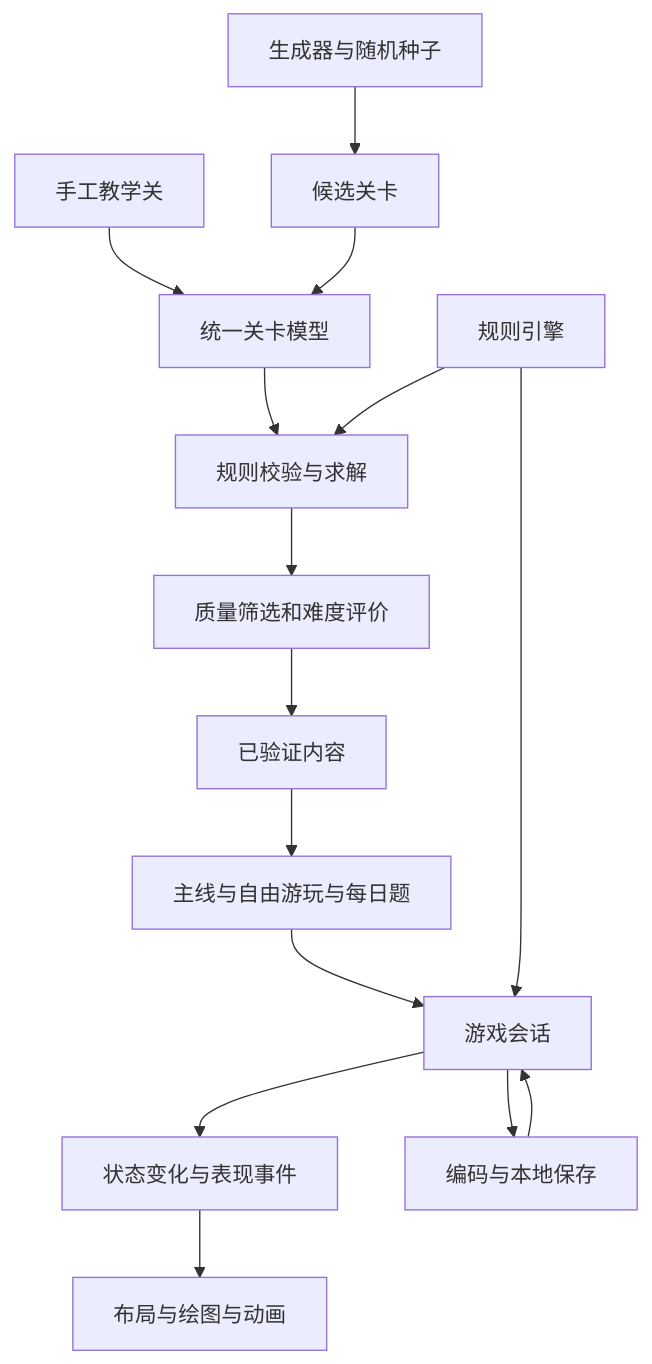
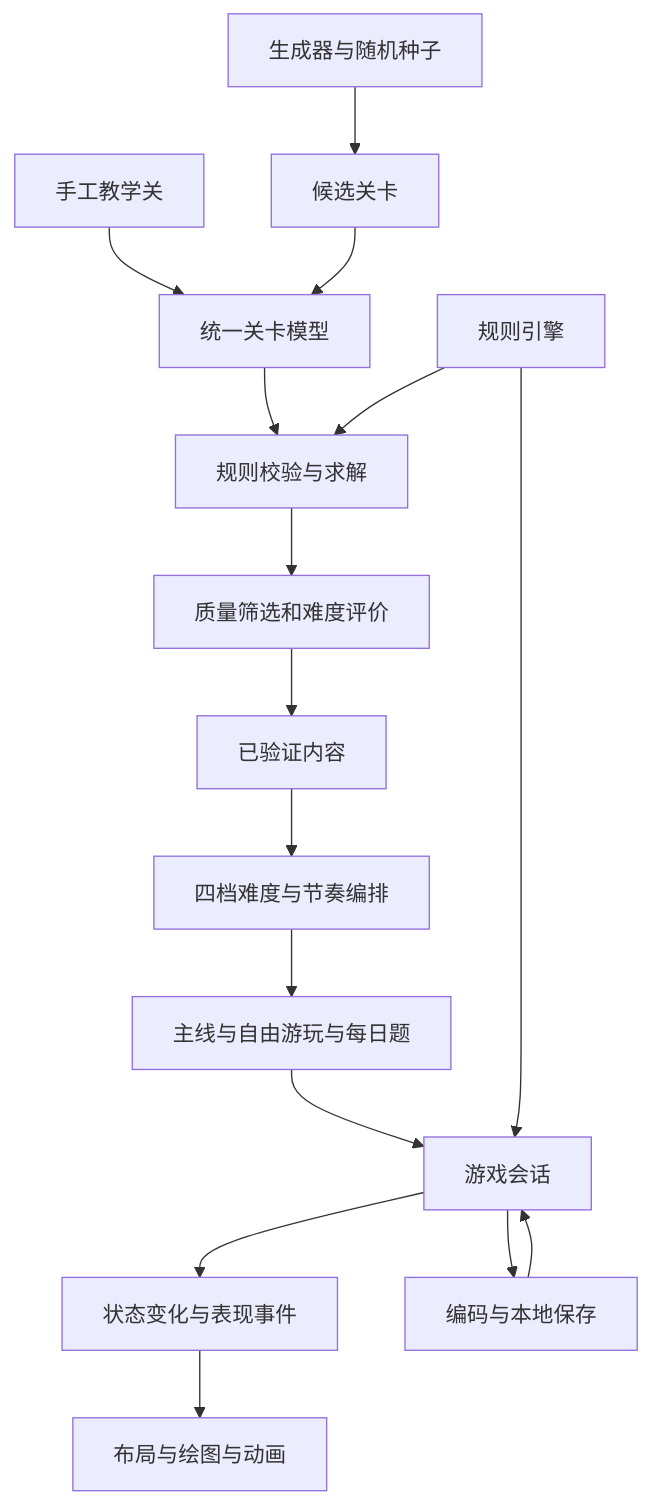
Before and after one commit to JackLi717/bottle-harmony: the first of 2 diagrams in docs/system-design.md, drawn with Mermaid. The commit also changed other lines of this file and 1 other file, not shown here.

````diff
--- a/docs/system-design.md
+++ b/docs/system-design.md
@@ -13,17 +13,18 @@
 ```mermaid
 flowchart TD
     A[手工教学关] --> D[统一关卡模型]
     B[生成器与随机种子] --> C[候选关卡]
     C --> D
     D --> E[规则校验与求解]
     E --> F[质量筛选和难度评价]
     F --> G[已验证内容]
-    G --> H[主线与自由游玩与每日题]
+    G --> N[四档难度与节奏编排]
+    N --> H[主线与自由游玩与每日题]
     H --> I[游戏会话]
     J[规则引擎] --> E
     J --> I
     I --> K[状态变化与表现事件]
     K --> L[布局与绘图与动画]
     I --> M[编码与本地保存]
     M --> I
 ```
````
